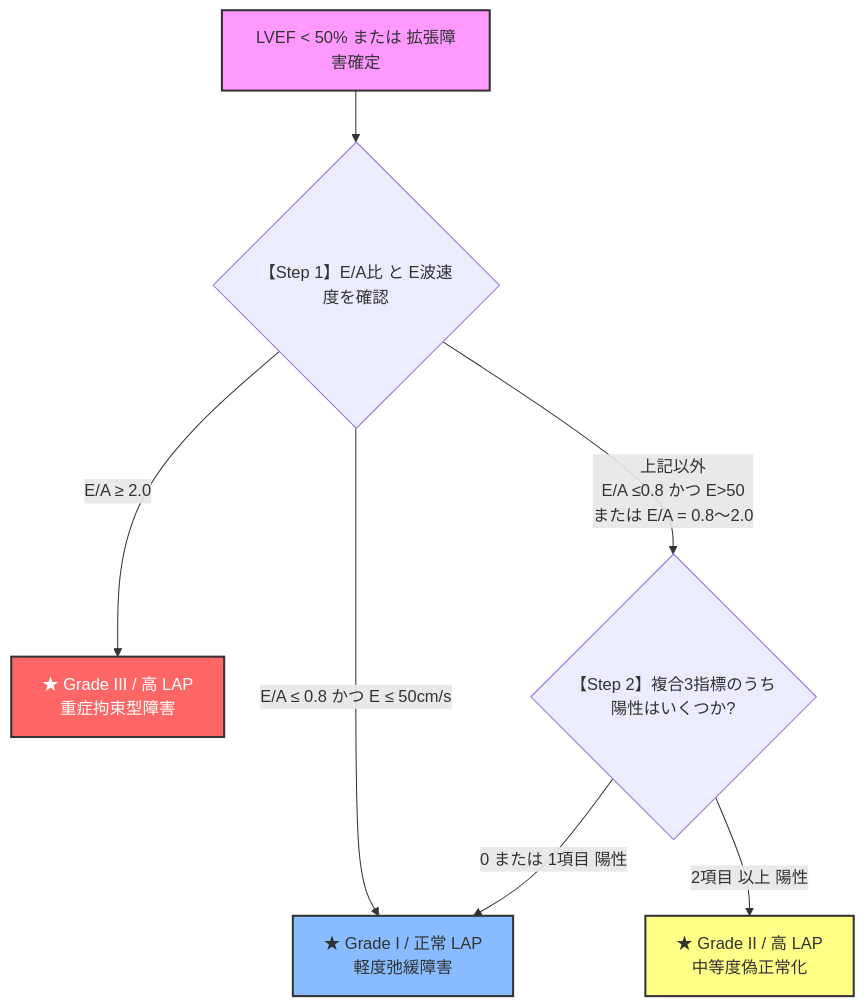
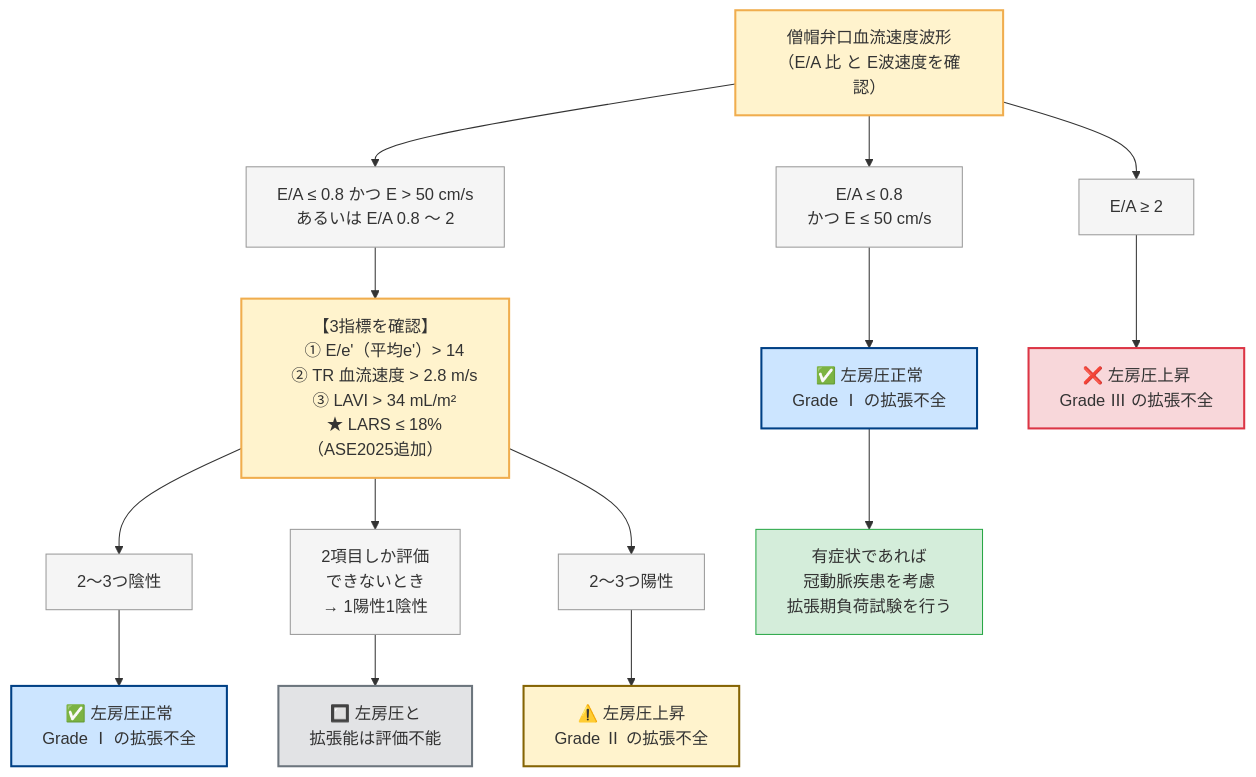
One commit to hiro-git-create/fukubu-echo changed the second of 2 diagrams in 心エコーデジタル教科書/03_心機能評価/02_左室拡張能の評価アルゴリズム_ASE2025_LARS.md. Above: the diagram before and after it, drawn with Mermaid. The commit also changed other lines of this file, not shown here.

````diff
--- a/心エコーデジタル教科書/03_心機能評価/02_左室拡張能の評価アルゴリズム_ASE2025_LARS.md
+++ b/心エコーデジタル教科書/03_心機能評価/02_左室拡張能の評価アルゴリズム_ASE2025_LARS.md
@@ -68,17 +70,43 @@
 ```mermaid
 graph TD
-    START2[LVEF < 50% または 拡張障害確定] --> STEP_E{【Step 1】E/A比 と E波速度を確認}
-    
-    STEP_E -- E/A ≤ 0.8 かつ E ≤ 50cm/s --> GRADE1[★ Grade I / 正常 LAP<br>軽度弛緩障害]
-    STEP_E -- E/A ≥ 2.0 --> GRADE3[★ Grade III / 高 LAP<br>重症拘束型障害]
-    
-    STEP_E -- 上記以外<br>E/A ≤0.8 かつ E>50<br>または E/A = 0.8〜2.0 --> STEP_MULTI{【Step 2】複合3指標のうち<br>陽性はいくつか?}
-    
-    STEP_MULTI -- 0 または 1項目 陽性 --> GRADE1
-    STEP_MULTI -- 2項目 以上 陽性 --> GRADE2[★ Grade II / 高 LAP<br>中等度偽正常化]
+    TOP["僧帽弁口血流速度波形<br>（E/A 比 と E波速度を確認）"]
 
-    style START2 fill:#f9f,stroke:#333,stroke-width:2px
-    style GRADE1 fill:#8bf,stroke:#333,stroke-width:2px
-    style GRADE2 fill:#ff8,stroke:#333,stroke-width:2px
-    style GRADE3 fill:#f66,stroke:#333,stroke-width:2px,color:#fff
+    TOP --> EA_LOW["E/A ≤ 0.8<br>かつ E ≤ 50 cm/s"]
+    TOP --> EA_MID["E/A ≤ 0.8 かつ E > 50 cm/s<br>あるいは E/A 0.8 〜 2"]
+    TOP --> EA_HIGH["E/A ≥ 2"]
+
+    EA_LOW --> G1A["✅ 左房圧正常<br>Grade Ⅰ の拡張不全"]
+
+    EA_MID --> CRIT2["【3指標を確認】
+    ① E/e'（平均e'）> 14
+    ② TR 血流速度 > 2.8 m/s
+    ③ LAVI > 34 mL/m²
+    ★ LARS ≤ 18%（ASE2025追加）"]
+
+    CRIT2 --> C_NO["2〜3つ陰性"]
+    CRIT2 --> C_UNABLE["2項目しか評価<br>できないとき<br>→ 1陽性1陰性"]
+    CRIT2 --> C_YES["2〜3つ陽性"]
+
+    C_NO --> G1B["✅ 左房圧正常<br>Grade Ⅰ の拡張不全"]
+    C_UNABLE --> GX["🔲 左房圧と<br>拡張能は評価不能"]
+    C_YES --> G2["⚠️ 左房圧上昇<br>Grade Ⅱ の拡張不全"]
+
+    EA_HIGH --> G3["❌ 左房圧上昇<br>Grade Ⅲ の拡張不全"]
+
+    G1A --> NOTE["有症状であれば<br>冠動脈疾患を考慮<br>拡張期負荷試験を行う"]
+
+    style TOP fill:#fff3cd,stroke:#f0ad4e,stroke-width:2px
+    style EA_LOW fill:#f5f5f5,stroke:#999
+    style EA_MID fill:#f5f5f5,stroke:#999
+    style EA_HIGH fill:#f5f5f5,stroke:#999
+    style CRIT2 fill:#fff3cd,stroke:#f0ad4e,stroke-width:2px
+    style C_NO fill:#f5f5f5,stroke:#999
+    style C_UNABLE fill:#f5f5f5,stroke:#999
+    style C_YES fill:#f5f5f5,stroke:#999
+    style G1A fill:#cce5ff,stroke:#004085,stroke-width:2px
+    style G1B fill:#cce5ff,stroke:#004085,stroke-width:2px
+    style GX fill:#e2e3e5,stroke:#6c757d,stroke-width:2px
+    style G2 fill:#fff3cd,stroke:#856404,stroke-width:2px
+    style G3 fill:#f8d7da,stroke:#dc3545,stroke-width:2px
+    style NOTE fill:#d4edda,stroke:#28a745
 ```
````
